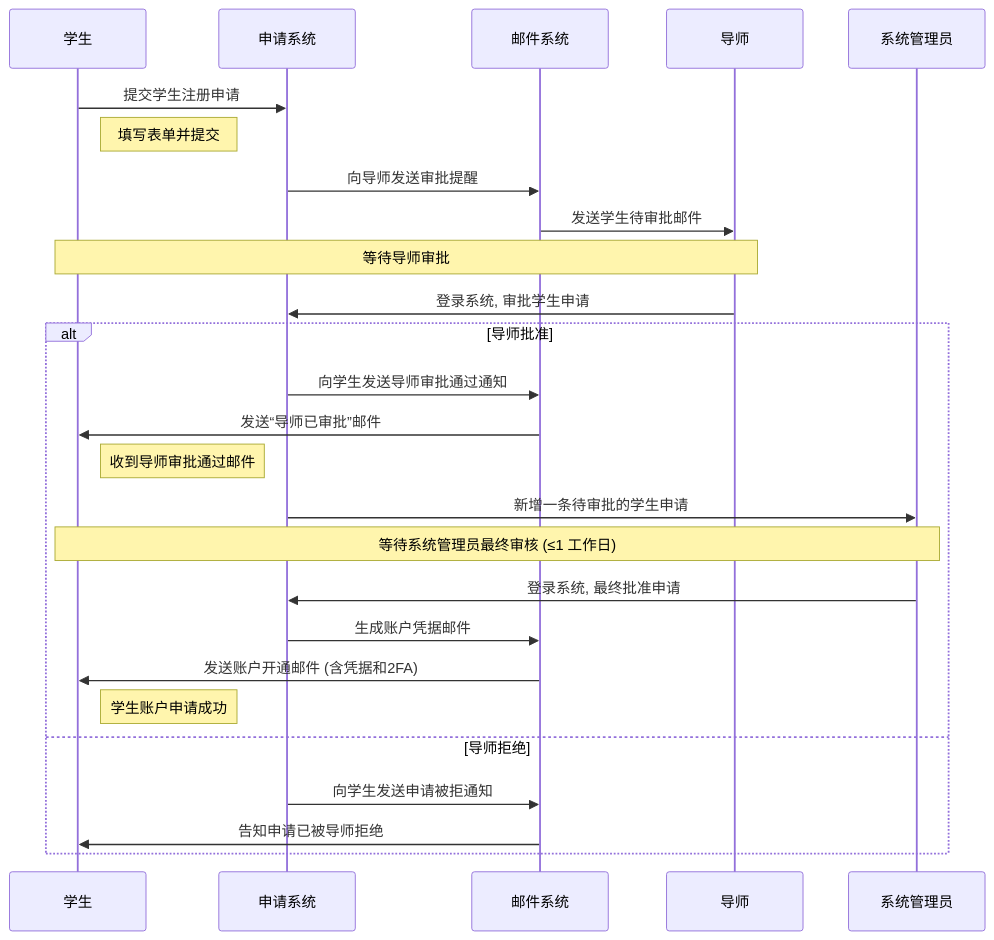
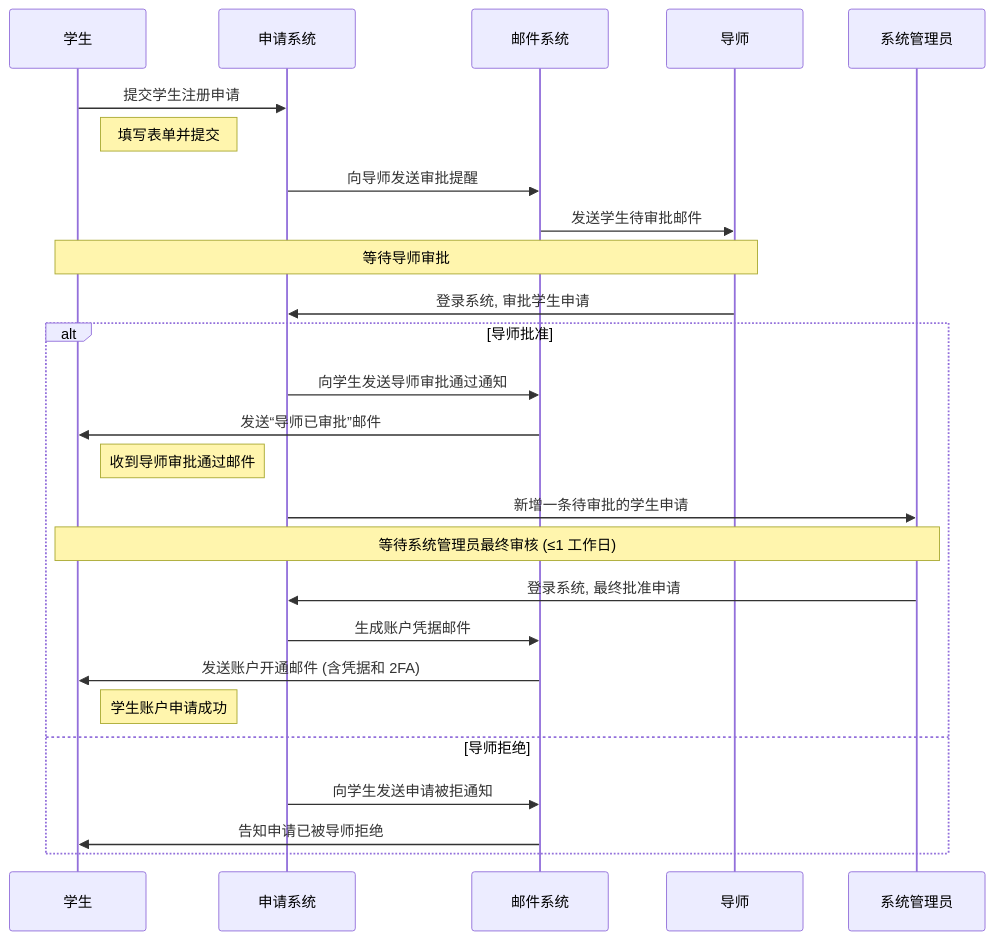
Before and after one commit to yliu7949/SAIKS-HPC-docs: the second of 2 diagrams in docs/guideline/account.md, drawn with Mermaid. The commit also changed other lines of this file and 6 other files, not shown here.

````diff
--- a/docs/guideline/account.md
+++ b/docs/guideline/account.md
@@ -67,35 +70,35 @@
 ```mermaid
 sequenceDiagram
     participant S as 学生
     participant Sys as 申请系统
     participant M as 邮件系统
     participant T as 导师
     participant Admin as 系统管理员
 
     S->>Sys: 提交学生注册申请
     note right of S: 填写表单并提交
 
     Sys->>M: 向导师发送审批提醒
     M->>T: 发送学生待审批邮件
     note over S, T: 等待导师审批
 
     T->>Sys: 登录系统, 审批学生申请
 
     alt 导师批准
         Sys->>M: 向学生发送导师审批通过通知
         M->>S: 发送“导师已审批”邮件
         note right of S: 收到导师审批通过邮件
 
         Sys->>Admin: 新增一条待审批的学生申请
         note over S, Admin: 等待系统管理员最终审核 (≤1 工作日)
 
         Admin->>Sys: 登录系统, 最终批准申请
 
         Sys->>M: 生成账户凭据邮件
-        M->>S: 发送账户开通邮件 (含凭据和2FA)
+        M->>S: 发送账户开通邮件 (含凭据和 2FA)
         note right of S: 学生账户申请成功
     else 导师拒绝
         Sys->>M: 向学生发送申请被拒通知
         M->>S: 告知申请已被导师拒绝
     end
 ```
````
